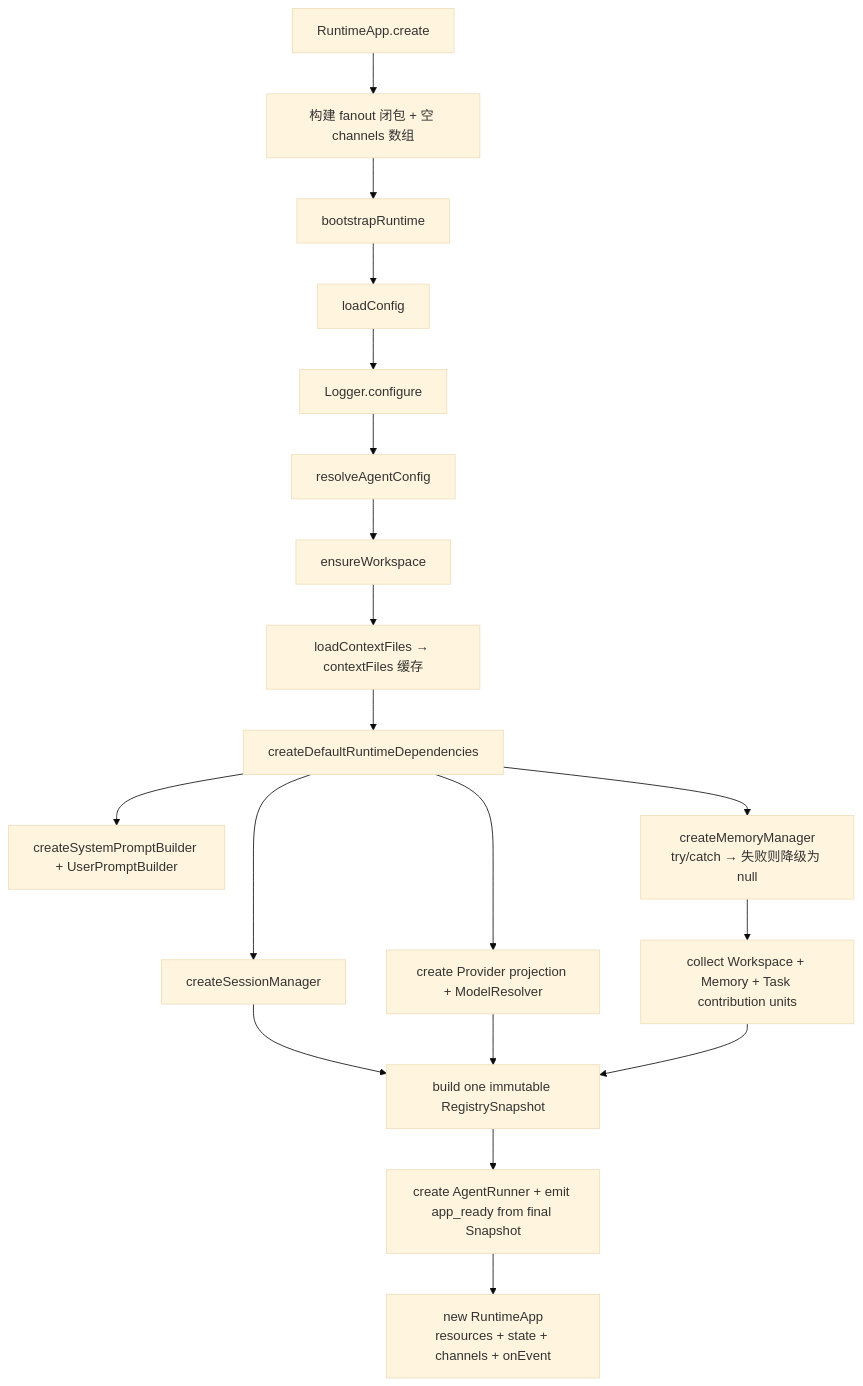
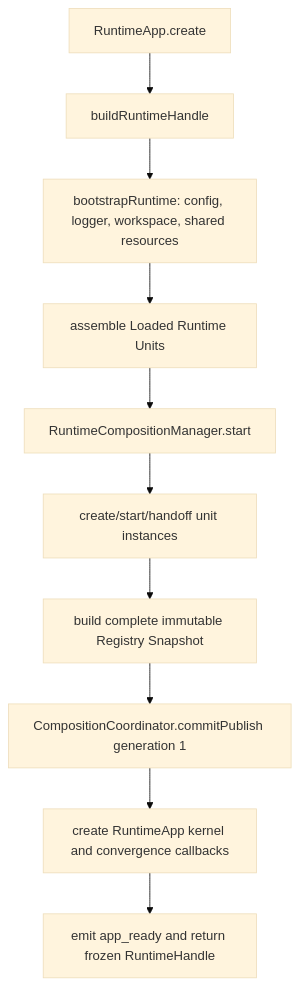
Before and after one commit to luciferwww/my-agent: the first of 5 diagrams in docs/architecture/current/runtime.md, drawn with Mermaid (base theme). The commit also changed other lines of this file and 20 other files, not shown here.

Commit message:
docs: establish current architecture authority

````diff
--- a/docs/architecture/current/runtime.md
+++ b/docs/architecture/current/runtime.md
@@ -174,19 +182,12 @@
 ```mermaid
 flowchart TD
-    A[RuntimeApp.create] --> B[构建 fanout 闭包 + 空 channels 数组]
-    B --> C[bootstrapRuntime]
-    C --> D[loadConfig]
-    D --> E[Logger.configure]
-    E --> F[resolveAgentConfig]
-    F --> G[ensureWorkspace]
-    G --> H[loadContextFiles → contextFiles 缓存]
-    H --> I[createDefaultRuntimeDependencies]
-    I --> J[createSessionManager]
-    I --> K[create Provider projection + ModelResolver]
-    I --> L[createSystemPromptBuilder + UserPromptBuilder]
-    I --> M[createMemoryManager\ntry/catch → 失败则降级为 null]
-    M --> N[collect Workspace + Memory + Task contribution units]
-    J & K & N --> O[build one immutable RegistrySnapshot]
-    O --> P[create AgentRunner + emit app_ready from final Snapshot]
-    P --> Q[new RuntimeApp\nresources + state + channels + onEvent]
+  A[RuntimeApp.create] --> B[buildRuntimeHandle]
+  B --> C[bootstrapRuntime: config, logger, workspace, shared resources]
+  C --> D[assemble Loaded Runtime Units]
+  D --> E[RuntimeCompositionManager.start]
+  E --> F[create/start/handoff unit instances]
+  F --> G[build complete immutable Registry Snapshot]
+  G --> H[CompositionCoordinator.commitPublish generation 1]
+  H --> I[create RuntimeApp kernel and convergence callbacks]
+  I --> J[emit app_ready and return frozen RuntimeHandle]
 ```
````
